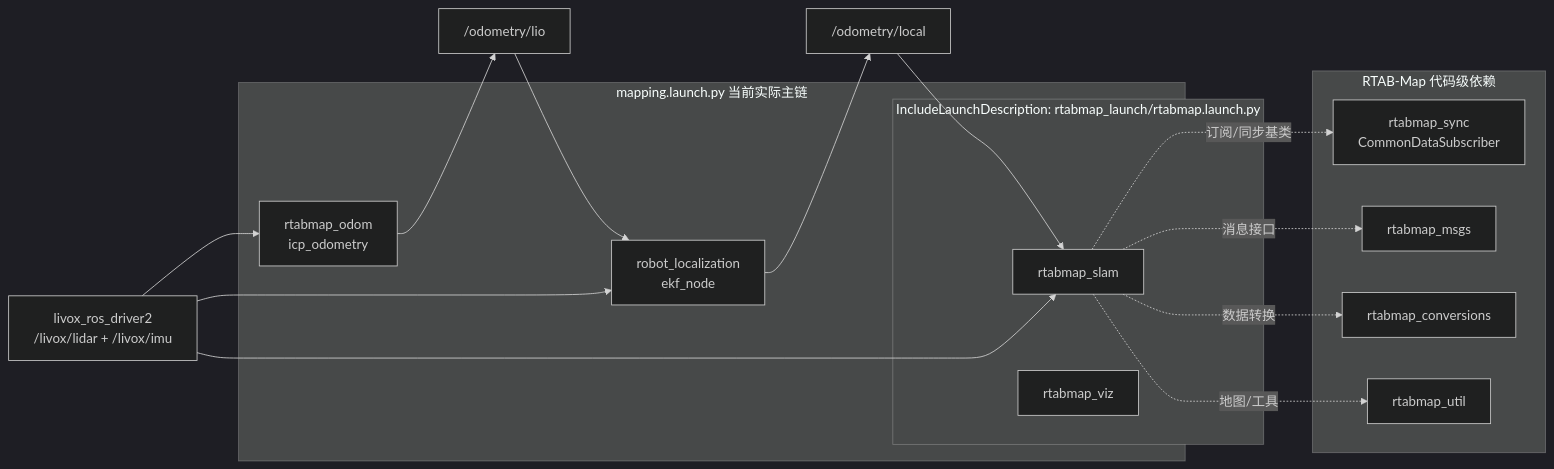
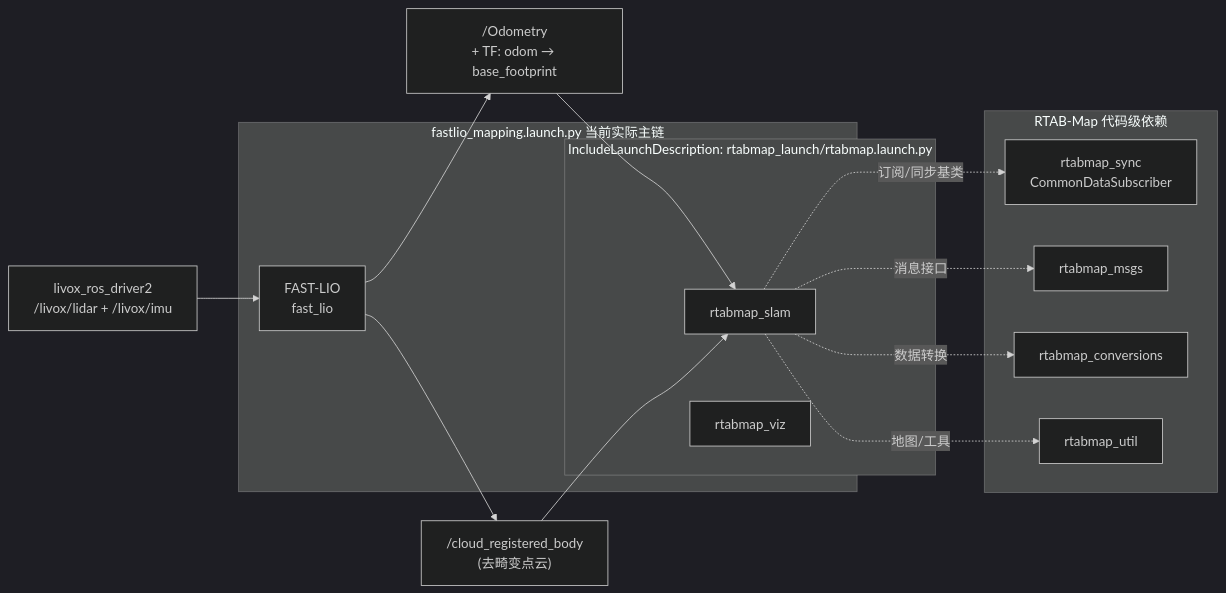
One commit to aqing520/rtab-ros2 changed the first of 2 diagrams in README.md. Above: the diagram before and after it, drawn with Mermaid (dark theme). The commit also changed other lines of this file and 118 other files, not shown here.

Commit message:
重构建图链路代码

````diff
--- a/README.md
+++ b/README.md
@@ -56,27 +57,24 @@
 ```mermaid
 flowchart LR
-    LIVOX["livox_ros_driver2\n/livox/lidar + /livox/imu"] --> ICP["rtabmap_odom\nicp_odometry"]
-    ICP --> LIO["/odometry/lio"]
-    LIO --> EKF["robot_localization\nekf_node"]
-    LIVOX --> EKF
-    EKF --> ODOM_LOCAL["/odometry/local"]
+    LIVOX["livox_ros_driver2\n/livox/lidar + /livox/imu"] --> FASTLIO["FAST-LIO\nfast_lio"]
+    FASTLIO --> ODOM["/Odometry\n+ TF: odom → base_footprint"]
+    FASTLIO --> CLOUD_REG["/cloud_registered_body\n(去畸变点云)"]
 
-    ODOM_LOCAL --> SL
-    LIVOX --> SL
+    ODOM --> SL
+    CLOUD_REG --> SL
 
-    subgraph R1["mapping.launch.py 当前实际主链"]
-        ICP
-        EKF
+    subgraph R1["fastlio_mapping.launch.py 当前实际主链"]
+        FASTLIO
         subgraph RTAB_LAUNCH["IncludeLaunchDescription: rtabmap_launch/rtabmap.launch.py"]
             SL["rtabmap_slam"]
             VIZ["rtabmap_viz"]
         end
     end
 
     subgraph R2["RTAB-Map 代码级依赖"]
         SL -.订阅/同步基类.-> SYNC_BASE["rtabmap_sync\nCommonDataSubscriber"]
         SL -.消息接口.-> MSG["rtabmap_msgs"]
         SL -.数据转换.-> CONV["rtabmap_conversions"]
         SL -.地图/工具.-> UTIL["rtabmap_util"]
     end
 ```
````
